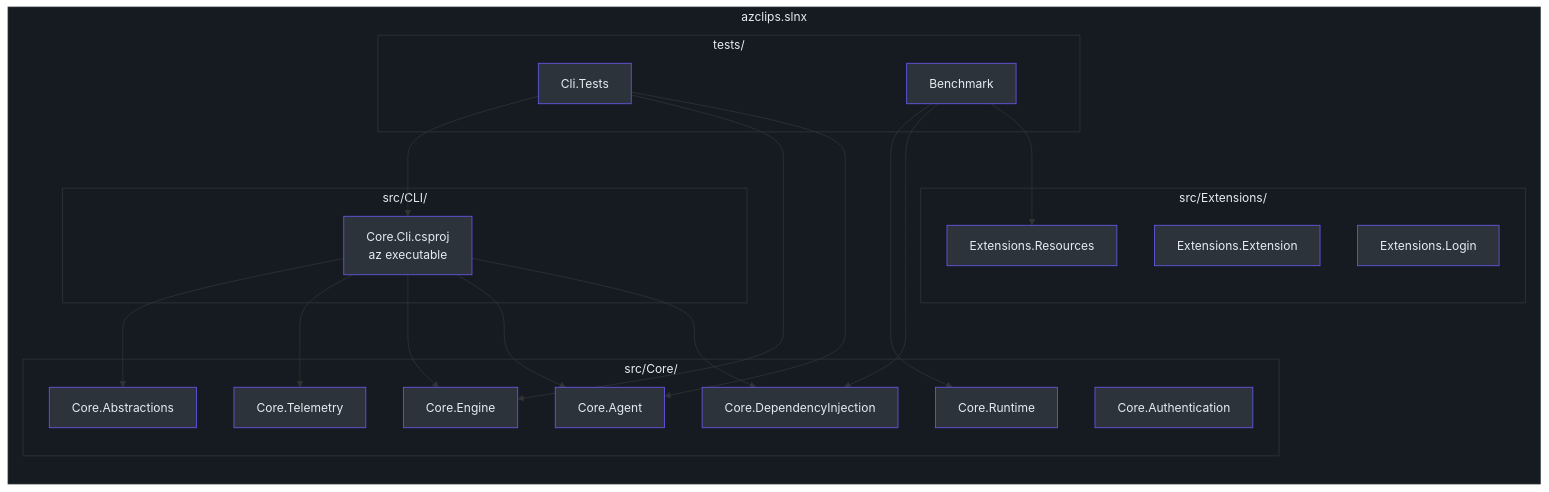
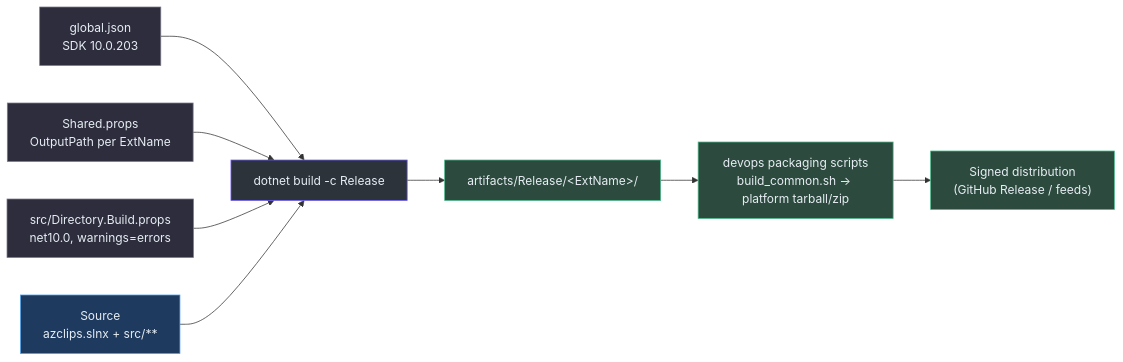
The first of 2 diagrams in wiki/02-deep-dive/build-cicd.md (Azure/azclips), drawn with Mermaid before and after one commit. The commit also changed other lines of this file and 20 other files, not shown here.

````diff
--- a/wiki/02-deep-dive/build-cicd.md
+++ b/wiki/02-deep-dive/build-cicd.md
@@ -14,63 +50,23 @@
 ```mermaid
-flowchart TB
-    subgraph Solution["azclips.slnx"]
-        direction TB
-        subgraph CLI["src/CLI/"]
-            CoreCli["Core.Cli.csproj<br>az executable"]
-        end
-
-        subgraph Core["src/Core/"]
-            Abs["Core.Abstractions"]
-            Auth["Core.Authentication"]
-            Agent["Core.Agent"]
-            Engine["Core.Engine"]
-            Telem["Core.Telemetry"]
-            Runtime["Core.Runtime"]
-            DI["Core.DependencyInjection"]
-        end
-
-        subgraph Extensions["src/Extensions/"]
-            Ext["Extensions.Extension"]
-            Res["Extensions.Resources"]
-            Login["Extensions.Login"]
-        end
-
-        subgraph TestsFolder["tests/"]
-            CliTests["Cli.Tests"]
-            Bench["Benchmark"]
-        end
-    end
-
-    CoreCli --> Abs
-    CoreCli --> Telem
-    CoreCli --> Engine
-    CoreCli --> Agent
-    CoreCli --> DI
-
-    CliTests --> CoreCli
-    CliTests --> Engine
-    CliTests --> Agent
-
-    Bench --> Runtime
-    Bench --> DI
-    Bench --> Res
-
-    style Solution fill:#161b22,stroke:#30363d,color:#e6edf3
-    style CLI fill:#161b22,stroke:#30363d,color:#e6edf3
-    style Core fill:#161b22,stroke:#30363d,color:#e6edf3
-    style Extensions fill:#161b22,stroke:#30363d,color:#e6edf3
-    style TestsFolder fill:#161b22,stroke:#30363d,color:#e6edf3
-    style CoreCli fill:#2d333b,stroke:#6d5dfc,color:#e6edf3
-    style Abs fill:#2d333b,stroke:#6d5dfc,color:#e6edf3
-    style Auth fill:#2d333b,stroke:#6d5dfc,color:#e6edf3
-    style Agent fill:#2d333b,stroke:#6d5dfc,color:#e6edf3
-    style Engine fill:#2d333b,stroke:#6d5dfc,color:#e6edf3
-    style Telem fill:#2d333b,stroke:#6d5dfc,color:#e6edf3
-    style Runtime fill:#2d333b,stroke:#6d5dfc,color:#e6edf3
-    style DI fill:#2d333b,stroke:#6d5dfc,color:#e6edf3
-    style Ext fill:#2d333b,stroke:#6d5dfc,color:#e6edf3
-    style Res fill:#2d333b,stroke:#6d5dfc,color:#e6edf3
-    style Login fill:#2d333b,stroke:#6d5dfc,color:#e6edf3
-    style CliTests fill:#2d333b,stroke:#6d5dfc,color:#e6edf3
-    style Bench fill:#2d333b,stroke:#6d5dfc,color:#e6edf3
+flowchart LR
+    SRC["Source<br>azclips.slnx + src/**"]
+    GJ["global.json<br>SDK 10.0.203"]
+    SP["Shared.props<br>OutputPath per ExtName"]
+    DBP["src/Directory.Build.props<br>net10.0, warnings=errors"]
+    BUILD["dotnet build -c Release"]
+    ART["artifacts/Release/&lt;ExtName&gt;/"]
+    PKG["devops packaging scripts<br>build_common.sh → platform tarball/zip"]
+    DIST["Signed distribution<br>(GitHub Release / feeds)"]
+    GJ --> BUILD
+    SP --> BUILD
+    DBP --> BUILD
+    SRC --> BUILD --> ART --> PKG --> DIST
+    style SRC fill:#1e3a5f,stroke:#4a9eed,color:#e6edf3
+    style GJ fill:#2d2d3d,stroke:#7a7a8a,color:#e6edf3
+    style SP fill:#2d2d3d,stroke:#7a7a8a,color:#e6edf3
+    style DBP fill:#2d2d3d,stroke:#7a7a8a,color:#e6edf3
+    style BUILD fill:#2d333b,stroke:#6d5dfc,color:#e6edf3
+    style ART fill:#2d4a3e,stroke:#4aba8a,color:#e6edf3
+    style PKG fill:#2d4a3e,stroke:#4aba8a,color:#e6edf3
+    style DIST fill:#2d4a3e,stroke:#4aba8a,color:#e6edf3
 ```
````
